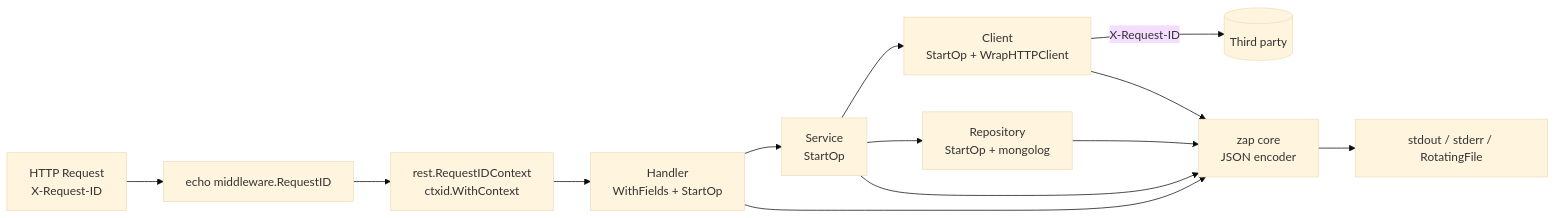
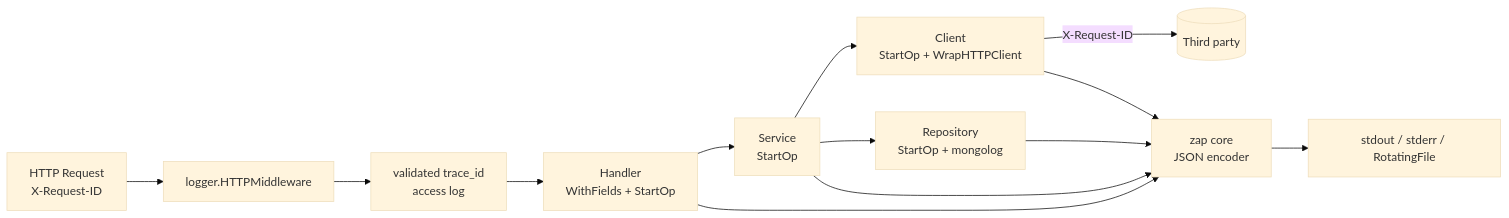
The first of 2 diagrams in logger/README.md (go-dto/go-common), drawn with Mermaid (base theme) before and after one commit. The commit also changed other lines of this file and 55 other files, not shown here.

````diff
--- a/logger/README.md
+++ b/logger/README.md
@@ -82,12 +85,12 @@
 ```mermaid
 flowchart LR
-    A[HTTP Request<br/>X-Request-ID] --> B[echo middleware.RequestID]
-    B --> C[rest.RequestIDContext<br/>ctxid.WithContext]
+    A[HTTP Request<br/>X-Request-ID] --> B[logger.HTTPMiddleware]
+    B --> C[validated trace_id<br/>access log]
     C --> D[Handler<br/>WithFields + StartOp]
     D --> E[Service<br/>StartOp]
     E --> R[Repository<br/>StartOp + mongolog]
     E --> K[Client<br/>StartOp + WrapHTTPClient]
     K -- X-Request-ID --> T[(Third party)]
     D & E & R & K --> F[zap core<br/>JSON encoder]
     F --> G[stdout / stderr / RotatingFile]
 ```
````
